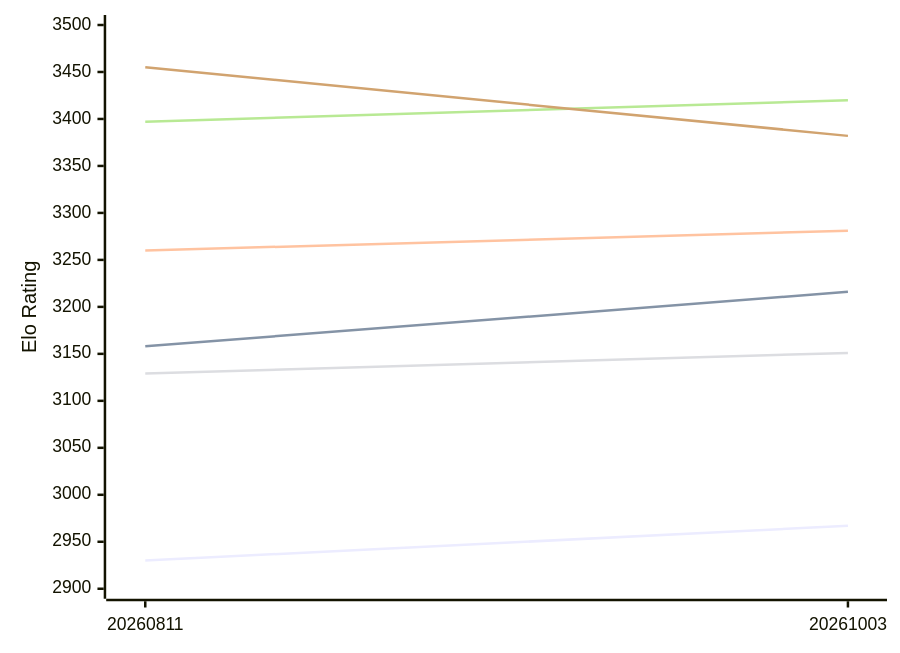
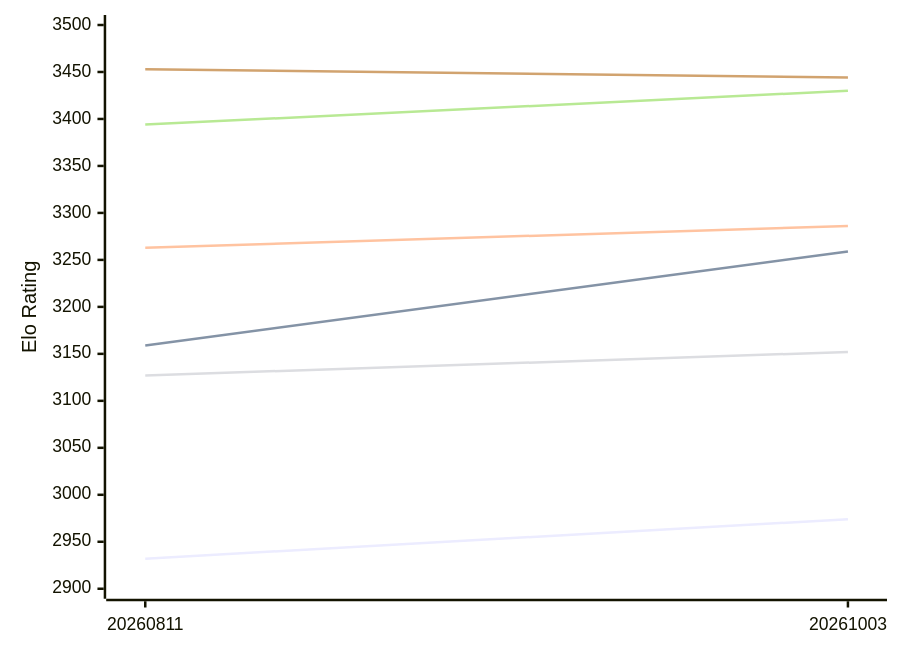
One commit to computer-chess-index/cci changed the first of 2 diagrams in engines/Askaig.md. Above: the diagram before and after it, drawn with Mermaid. The commit also changed other lines of this file, not shown here.

Commit message:
Update CCI Ratings (ELO VLTC) - 2026-10-15

````diff
--- a/engines/Askaig.md
+++ b/engines/Askaig.md
@@ -52,12 +52,12 @@
 ```mermaid
 %%{init: {"theme":"base","themeVariables":{"seriesColors:['#a3a3a3','#222221','#faa371']}}}%%
 xychart-beta
   x-axis ["20260811", "20261003"]
   y-axis "Elo Rating" 2900 --> 3500
-  line "E1: STC (8.0+0.08s)" [2930, 2967]
-  line "E1: LTC (60.0+0.60s)" [3158, 3216]
-  line "E1: VLTC (2m24s+1.12s)" [3260, 3281]
-  line "P1: STC (8.0+0.08s)" [3129, 3151]
-  line "P1: LTC (60.0+0.60s)" [3397, 3420]
-  line "P1: VLTC (2m24s+1.12s)" [3455, 3382]
+  line "E1: STC (8.0+0.08s)" [2932, 2974]
+  line "E1: LTC (60.0+0.60s)" [3159, 3259]
+  line "E1: VLTC (2m24s+1.12s)" [3263, 3286]
+  line "P1: STC (8.0+0.08s)" [3127, 3152]
+  line "P1: LTC (60.0+0.60s)" [3394, 3430]
+  line "P1: VLTC (2m24s+1.12s)" [3453, 3444]
 ```
````
